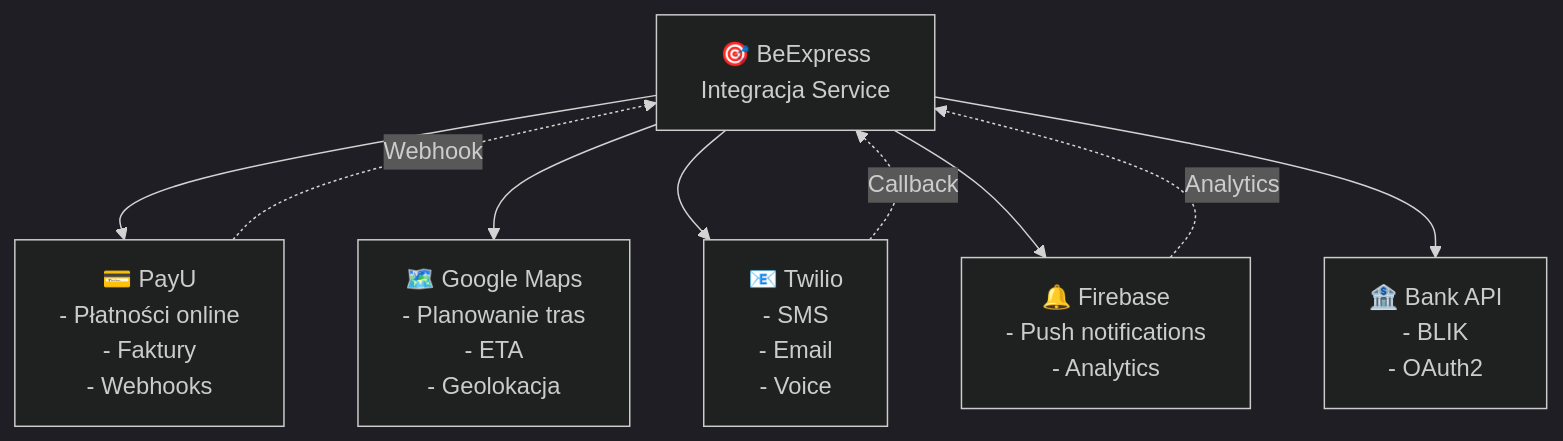
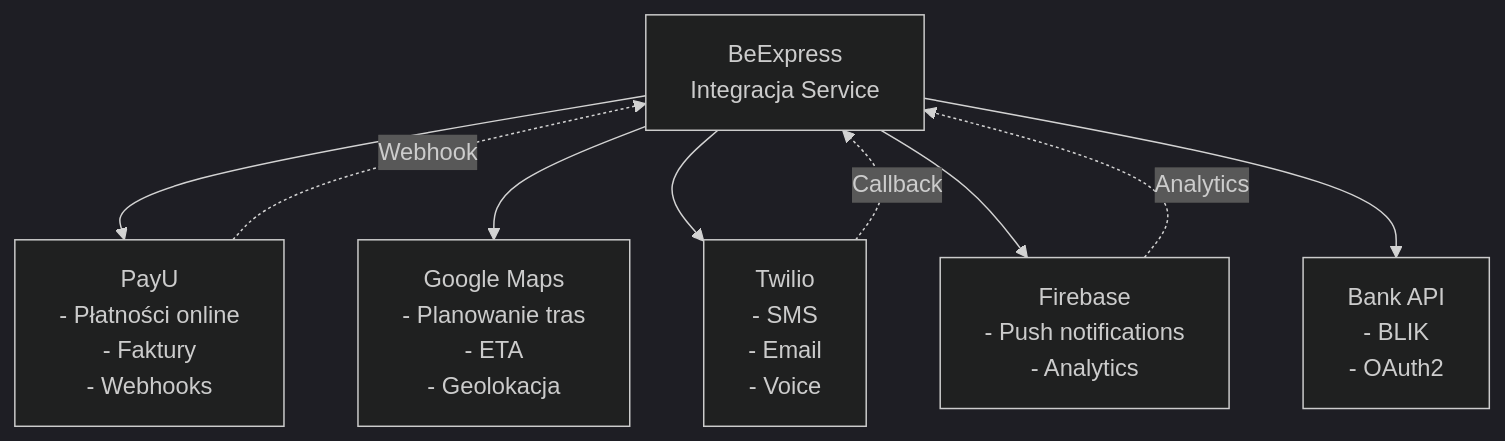
One commit to Jolanta27/Jolanta27 changed the ninth of 10 diagrams in projekt-magazyn/diagramy_mermaid.md. Above: the diagram before and after it, drawn with Mermaid (dark theme). The commit also changed other lines of this file, not shown here.

Commit message:
Remove all icons/emojis from Mermaid diagrams

````diff
--- a/projekt-magazyn/diagramy_mermaid.md
+++ b/projekt-magazyn/diagramy_mermaid.md
@@ -357,24 +357,24 @@
 ```mermaid
 graph TB
-    BeExpress["🎯 BeExpress<br/>Integracja Service"]
+    BeExpress["BeExpress<br/>Integracja Service"]
     
-    PAYU["💳 PayU<br/>- Płatności online<br/>- Faktury<br/>- Webhooks"]
+    PAYU["PayU<br/>- Płatności online<br/>- Faktury<br/>- Webhooks"]
     
-    MAPS["🗺️ Google Maps<br/>- Planowanie tras<br/>- ETA<br/>- Geolokacja"]
+    MAPS["Google Maps<br/>- Planowanie tras<br/>- ETA<br/>- Geolokacja"]
     
-    TWILIO["📧 Twilio<br/>- SMS<br/>- Email<br/>- Voice"]
+    TWILIO["Twilio<br/>- SMS<br/>- Email<br/>- Voice"]
     
-    FIREBASE["🔔 Firebase<br/>- Push notifications<br/>- Analytics"]
+    FIREBASE["Firebase<br/>- Push notifications<br/>- Analytics"]
     
-    BANK["🏦 Bank API<br/>- BLIK<br/>- OAuth2"]
+    BANK["Bank API<br/>- BLIK<br/>- OAuth2"]
     
     BeExpress --> PAYU
     BeExpress --> MAPS
     BeExpress --> TWILIO
     BeExpress --> FIREBASE
     BeExpress --> BANK
     
     PAYU -.->|Webhook| BeExpress
     TWILIO -.->|Callback| BeExpress
     FIREBASE -.->|Analytics| BeExpress
 ```
````
